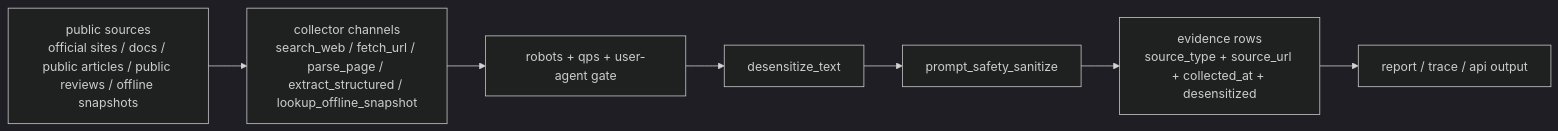
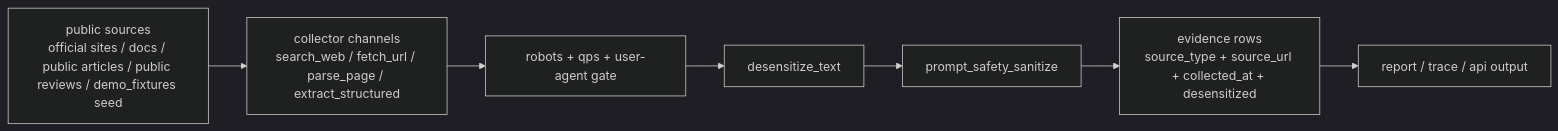
Before and after one commit to wanghong5233/RivalLens: the diagram in docs/compliance-statement.md, drawn with Mermaid (dark theme). The commit also changed other lines of this file and 11 other files, not shown here.

````diff
--- a/docs/compliance-statement.md
+++ b/docs/compliance-statement.md
@@ -5,17 +5,17 @@
 ```mermaid
 flowchart LR
-    sourceInput["public sources<br/>official sites / docs / public articles / public reviews / offline snapshots"]
-    channelLayer["collector channels<br/>search_web / fetch_url / parse_page / extract_structured / lookup_offline_snapshot"]
+    sourceInput["public sources<br/>official sites / docs / public articles / public reviews / demo_fixtures seed"]
+    channelLayer["collector channels<br/>search_web / fetch_url / parse_page / extract_structured"]
     robotsGate["robots + qps + user-agent gate"]
     privacyGate["desensitize_text"]
     safetyGate["prompt_safety_sanitize"]
     evidenceOutput["evidence rows<br/>source_type + source_url + collected_at + desensitized"]
     reportOutput["report / trace / api output"]
 
     sourceInput --> channelLayer
     channelLayer --> robotsGate
     robotsGate --> privacyGate
     privacyGate --> safetyGate
     safetyGate --> evidenceOutput
     evidenceOutput --> reportOutput
 ```
````
